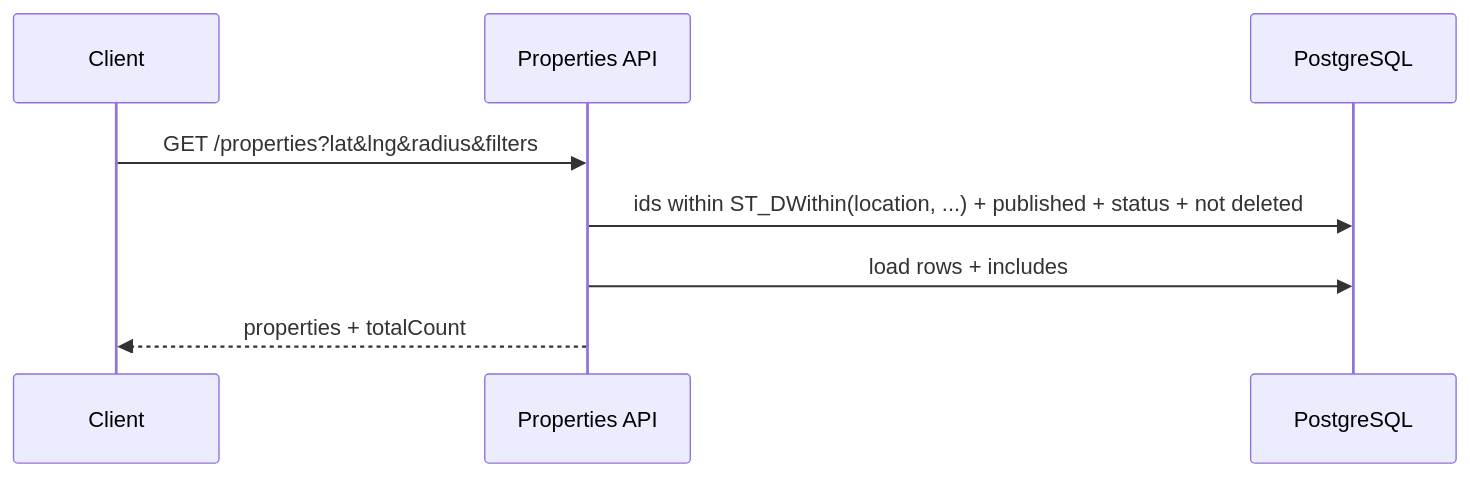
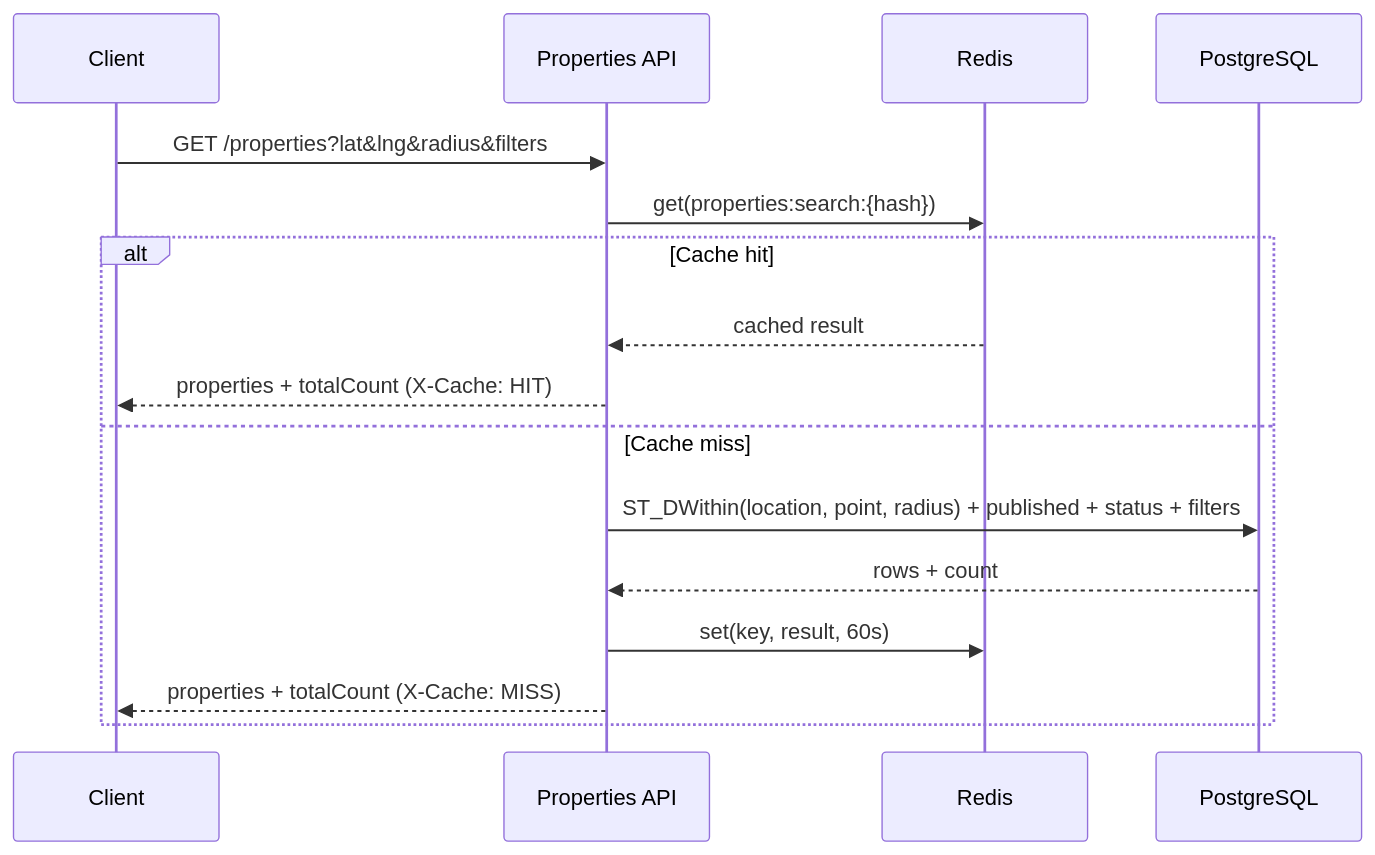
The sixth of 8 diagrams in ARCHITECTURE.md (Raz-Bouganim/ProperT), drawn with Mermaid before and after one commit. The commit also changed other lines of this file and 2 other files, not shown here.

Commit message:
docs: sync ARCHITECTURE, README, and ROADMAP to current project state

````diff
--- a/ARCHITECTURE.md
+++ b/ARCHITECTURE.md
@@ -639,11 +742,19 @@
 ```mermaid
 sequenceDiagram
   participant Client
   participant API as Properties API
+  participant REDIS as Redis
   participant DB as PostgreSQL
 
   Client->>API: GET /properties?lat&lng&radius&filters
-  API->>DB: ids within ST_DWithin(location, ...) + published + status + not deleted
-  API->>DB: load rows + includes
-  API-->>Client: properties + totalCount
+  API->>REDIS: get(properties:search:{hash})
+  alt Cache hit
+    REDIS-->>API: cached result
+    API-->>Client: properties + totalCount (X-Cache: HIT)
+  else Cache miss
+    API->>DB: ST_DWithin(location, point, radius) + published + status + filters
+    DB-->>API: rows + count
+    API->>REDIS: set(key, result, 60s)
+    API-->>Client: properties + totalCount (X-Cache: MISS)
+  end
 ```
````
